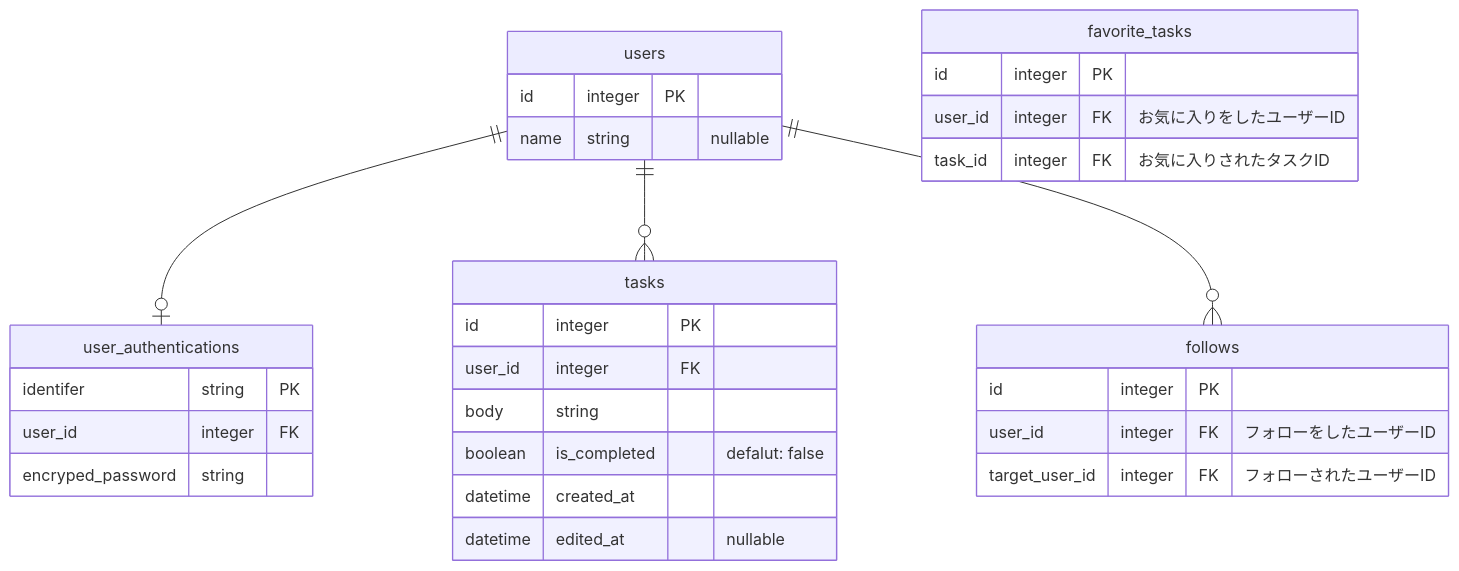
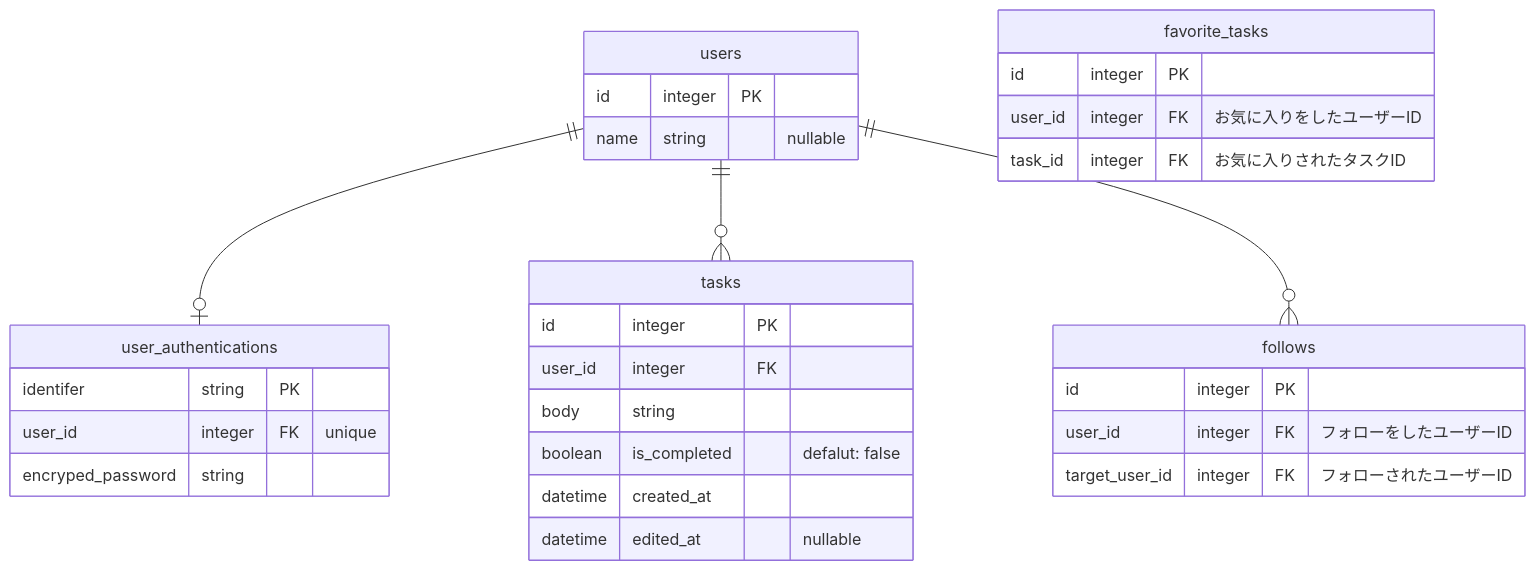
Before and after one commit to matcher-inc/pre-joining-assignment-for-intern: the diagram in README.md, drawn with Mermaid.

Commit message:
update: readme に user_authentications.user_id が unique: true であることを明示

````diff
--- a/README.md
+++ b/README.md
@@ -94,39 +94,39 @@
 ```mermaid
 erDiagram
 
 users {
   id integer PK
   name string "nullable"
 }
 
 user_authentications {
   identifer string PK
-  user_id integer FK
+  user_id integer FK "unique"
   encryped_password string
 }
 
 tasks {
   id integer PK
   user_id integer FK
   body string
   boolean is_completed "defalut: false"
   datetime created_at
   datetime edited_at "nullable"
 }
 
 follows {
   id integer PK
   user_id integer FK "フォローをしたユーザーID"
   target_user_id integer FK "フォローされたユーザーID"
 }
 
 favorite_tasks {
   id integer PK
   user_id integer FK "お気に入りをしたユーザーID"
   task_id integer FK "お気に入りされたタスクID"
 }
 
 users ||--o| user_authentications : ""
 users ||--o{ tasks : ""
 users ||--o{ follows : ""
 ```
````
